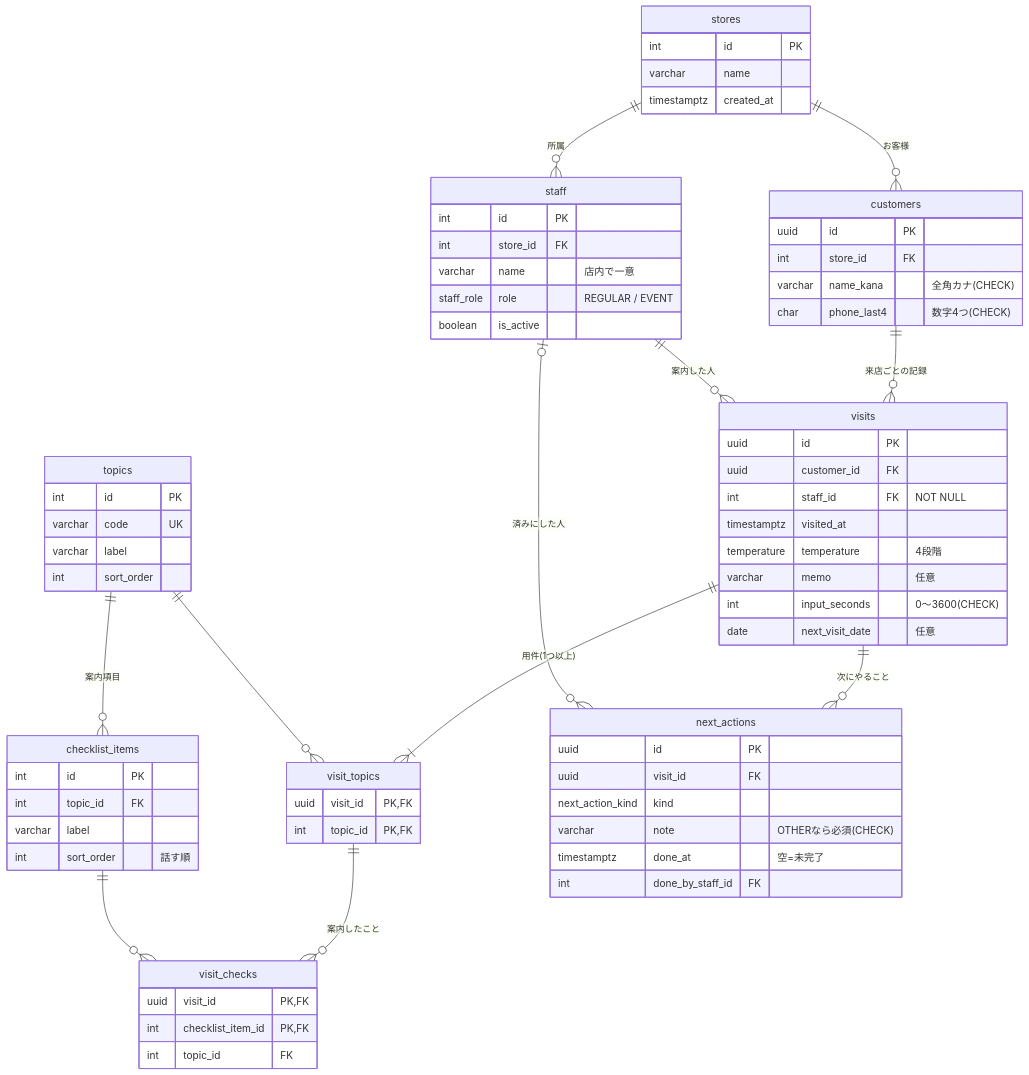
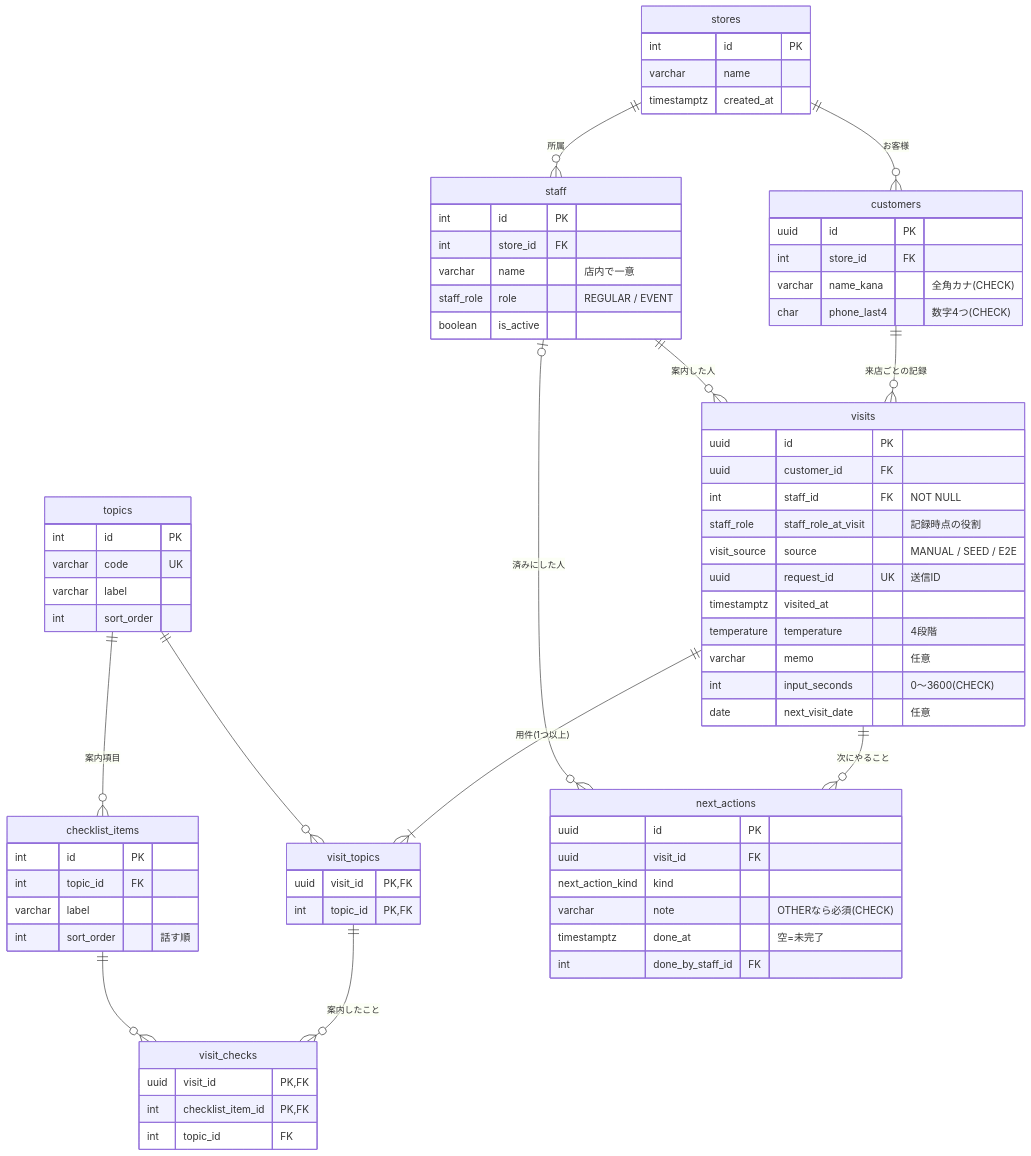
One commit to TsuIwa/uriba-baton changed the diagram in docs/03_DB設計.md. Above: the diagram before and after it, drawn with Mermaid. The commit also changed other lines of this file and 10 other files, not shown here.

````diff
--- a/docs/03_DB設計.md
+++ b/docs/03_DB設計.md
@@ -8,72 +8,75 @@
 ```mermaid
 erDiagram
   stores ||--o{ staff : "所属"
   stores ||--o{ customers : "お客様"
   customers ||--o{ visits : "来店ごとの記録"
   staff ||--o{ visits : "案内した人"
   visits ||--|{ visit_topics : "用件(1つ以上)"
   topics ||--o{ visit_topics : ""
   topics ||--o{ checklist_items : "案内項目"
   visit_topics ||--o{ visit_checks : "案内したこと"
   checklist_items ||--o{ visit_checks : ""
   visits ||--o{ next_actions : "次にやること"
   staff |o--o{ next_actions : "済みにした人"
 
   stores {
     int id PK
     varchar name
     timestamptz created_at
   }
   staff {
     int id PK
     int store_id FK
     varchar name "店内で一意"
     staff_role role "REGULAR / EVENT"
     boolean is_active
   }
   customers {
     uuid id PK
     int store_id FK
     varchar name_kana "全角カナ(CHECK)"
     char phone_last4 "数字4つ(CHECK)"
   }
   visits {
     uuid id PK
     uuid customer_id FK
     int staff_id FK "NOT NULL"
+    staff_role staff_role_at_visit "記録時点の役割"
+    visit_source source "MANUAL / SEED / E2E"
+    uuid request_id UK "送信ID"
     timestamptz visited_at
     temperature temperature "4段階"
     varchar memo "任意"
     int input_seconds "0〜3600(CHECK)"
     date next_visit_date "任意"
   }
   topics {
     int id PK
     varchar code UK
     varchar label
     int sort_order
   }
   checklist_items {
     int id PK
     int topic_id FK
     varchar label
     int sort_order "話す順"
   }
   visit_topics {
     uuid visit_id PK, FK
     int topic_id PK, FK
   }
   visit_checks {
     uuid visit_id PK, FK
     int checklist_item_id PK, FK
     int topic_id FK
   }
   next_actions {
     uuid id PK
     uuid visit_id FK
     next_action_kind kind
     varchar note "OTHERなら必須(CHECK)"
     timestamptz done_at "空=未完了"
     int done_by_staff_id FK
   }
 ```
````
